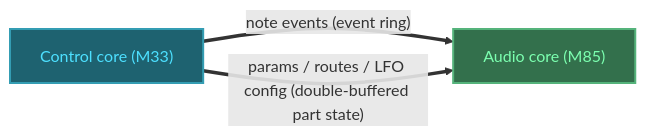
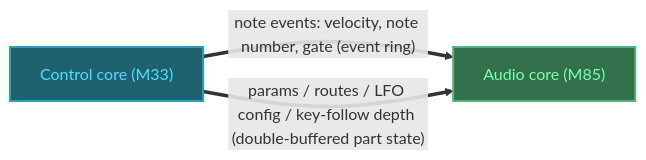
The diagram in docs/workflow/arch-designs/synth-routing_arch-design.md (dichodaemon/twang), drawn with Mermaid before and after one commit. The commit also changed other lines of this file and 2 other files, not shown here.

First line of the commit message:
routing: flesh out arch-design; specify key follow

````diff
--- a/docs/workflow/arch-designs/synth-routing_arch-design.md
+++ b/docs/workflow/arch-designs/synth-routing_arch-design.md
@@ -45,11 +47,11 @@
 ```mermaid
 flowchart LR
     Control["Control core (M33)"]:::control
     Audio["Audio core (M85)"]:::audio
 
-    Control ==>|"note events (event ring)"| Audio
-    Control ==>|"params / routes / LFO config (double-buffered part state)"| Audio
+    Control ==>|"note events: velocity, note number, gate (event ring)"| Audio
+    Control ==>|"params / routes / LFO config / key-follow depth (double-buffered part state)"| Audio
 
     classDef control fill:#1E6270,stroke:#349DB3,color:#4DE0FF,stroke-width:2px
     classDef audio fill:#33704C,stroke:#55B37B,color:#7CFFB0,stroke-width:2px
 ```
````
